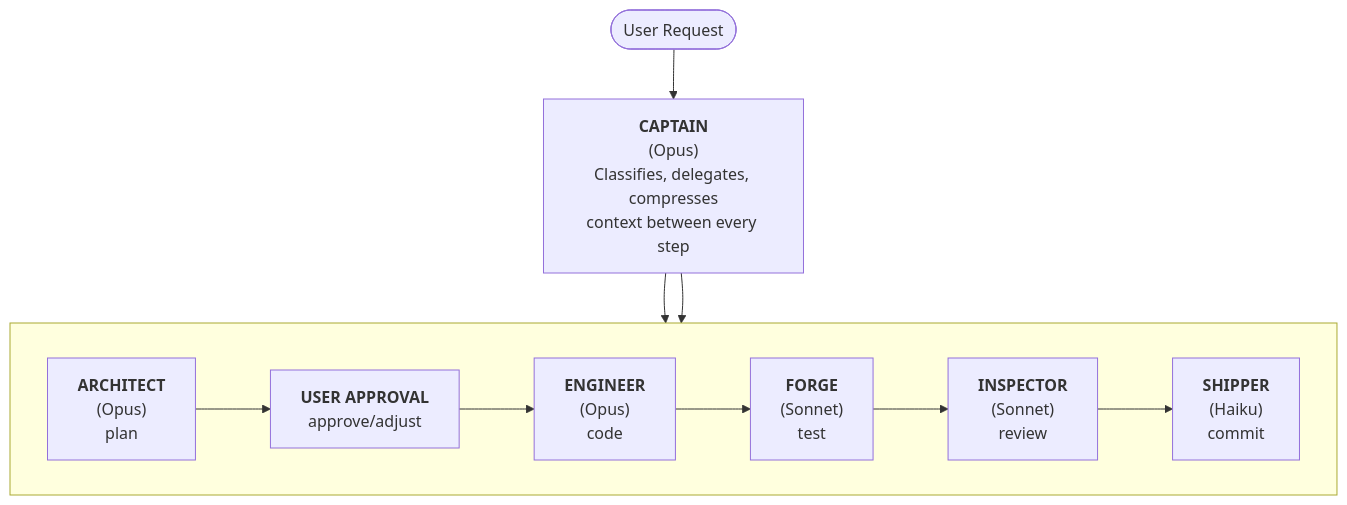
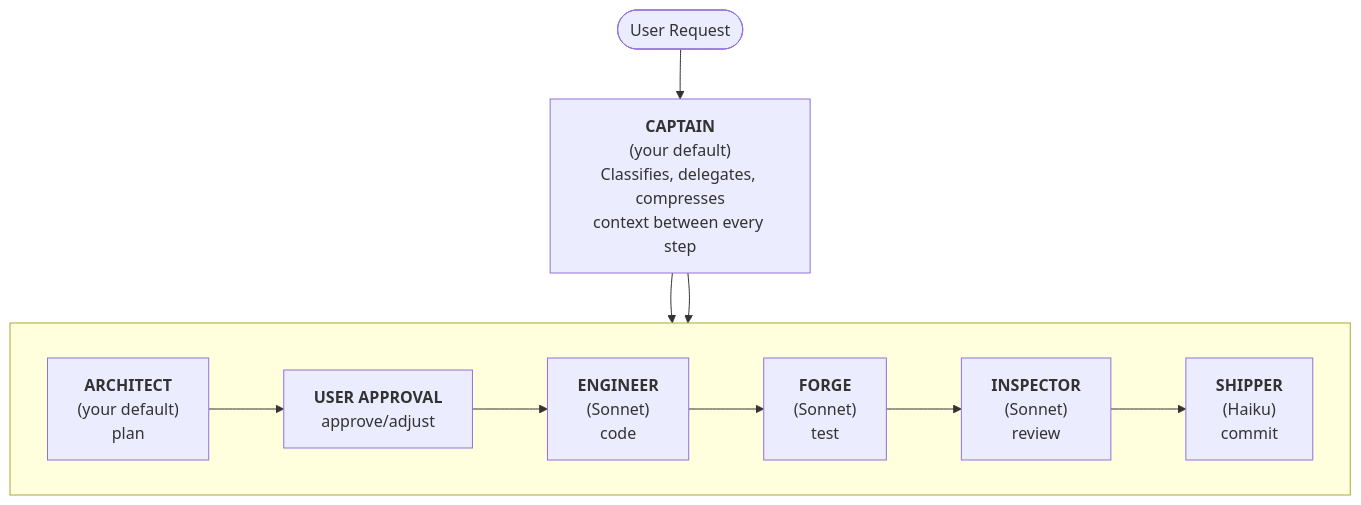
The third of 3 diagrams in docs/DESIGN.md (Racle/agent-team-pipeline), drawn with Mermaid before and after one commit. The commit also changed other lines of this file and 1 other file, not shown here.

````diff
--- a/docs/DESIGN.md
+++ b/docs/DESIGN.md
@@ -64,20 +64,20 @@
 ```mermaid
 graph TB
  subgraph Execution_Pipeline[" "]
     direction LR
         UserApproval["<b>USER APPROVAL</b><br>approve/adjust"]
-        Architect["<b>ARCHITECT</b><br>(Opus)<br>plan"]
-        Engineer["<b>ENGINEER</b><br>(Opus)<br>code"]
+        Architect["<b>ARCHITECT</b><br>(your default)<br>plan"]
+        Engineer["<b>ENGINEER</b><br>(Sonnet)<br>code"]
         Forge["<b>FORGE</b><br>(Sonnet)<br>test"]
         Inspector["<b>INSPECTOR</b><br>(Sonnet)<br>review"]
         Shipper["<b>SHIPPER</b><br>(Haiku)<br>commit"]
   end
-    UserRequest(["User Request"]) --> Captain["<b>CAPTAIN</b><br>(Opus)<br>Classifies, delegates, compresses<br>context between every step"]
+    UserRequest(["User Request"]) --> Captain["<b>CAPTAIN</b><br>(your default)<br>Classifies, delegates, compresses<br>context between every step"]
     Captain --> Architect
     Architect --> UserApproval
     UserApproval --> Engineer
     Engineer --> Forge
     Forge --> Inspector
     Inspector --> Shipper
     Captain --> UserApproval
 ```
````
